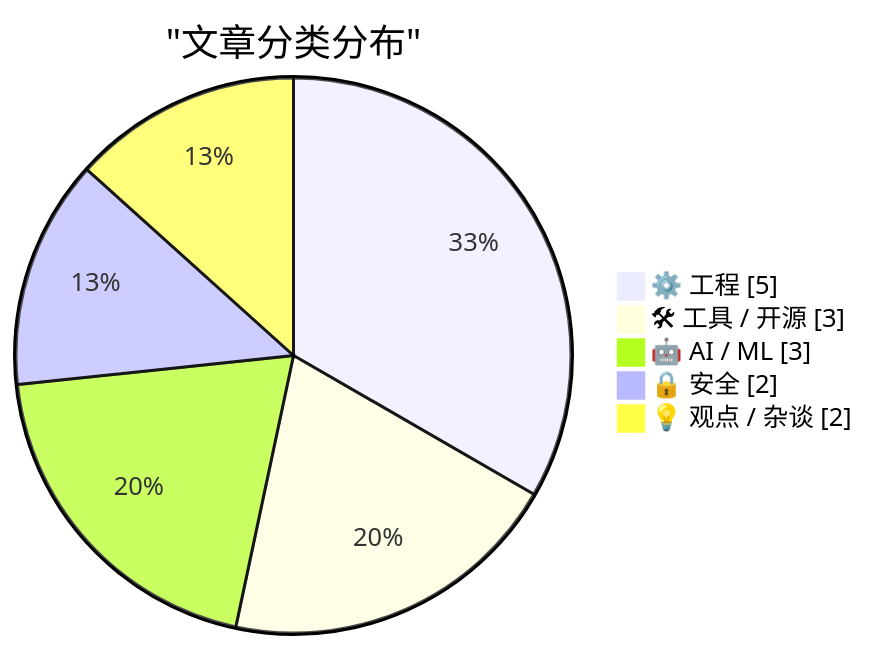
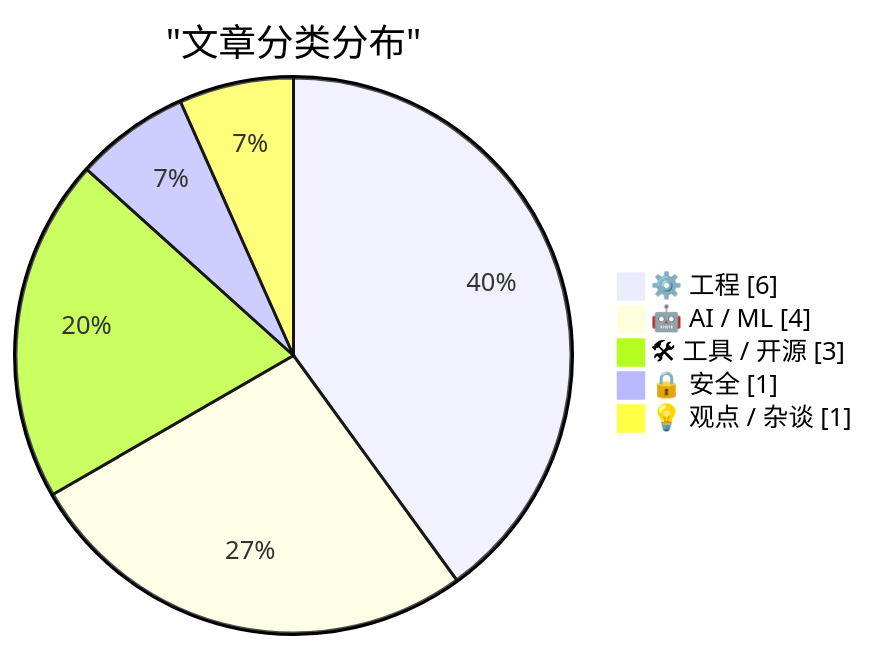
The first of 2 diagrams in docs/digest-20260815.md (AlexJJ009/ai-daily-digest-v2), drawn with Mermaid before and after one commit. The commit also changed other lines of this file and 2 other files, not shown here.

````diff
--- a/docs/digest-20260815.md
+++ b/docs/digest-20260815.md
@@ -53,9 +53,9 @@
 ```mermaid
 pie showData
     title "文章分类分布"
-    "⚙️ 工程" : 5
+    "⚙️ 工程" : 6
+    "🤖 AI / ML" : 4
     "🛠 工具 / 开源" : 3
-    "🤖 AI / ML" : 3
-    "🔒 安全" : 2
-    "💡 观点 / 杂谈" : 2
+    "🔒 安全" : 1
+    "💡 观点 / 杂谈" : 1
 ```
````
